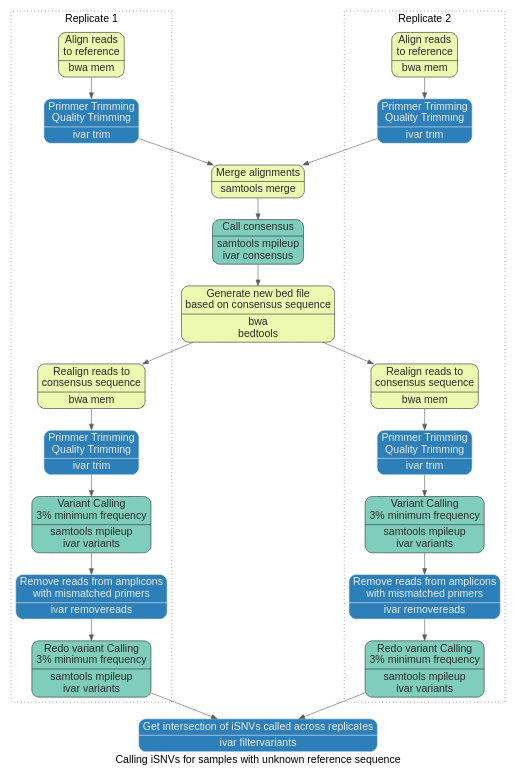
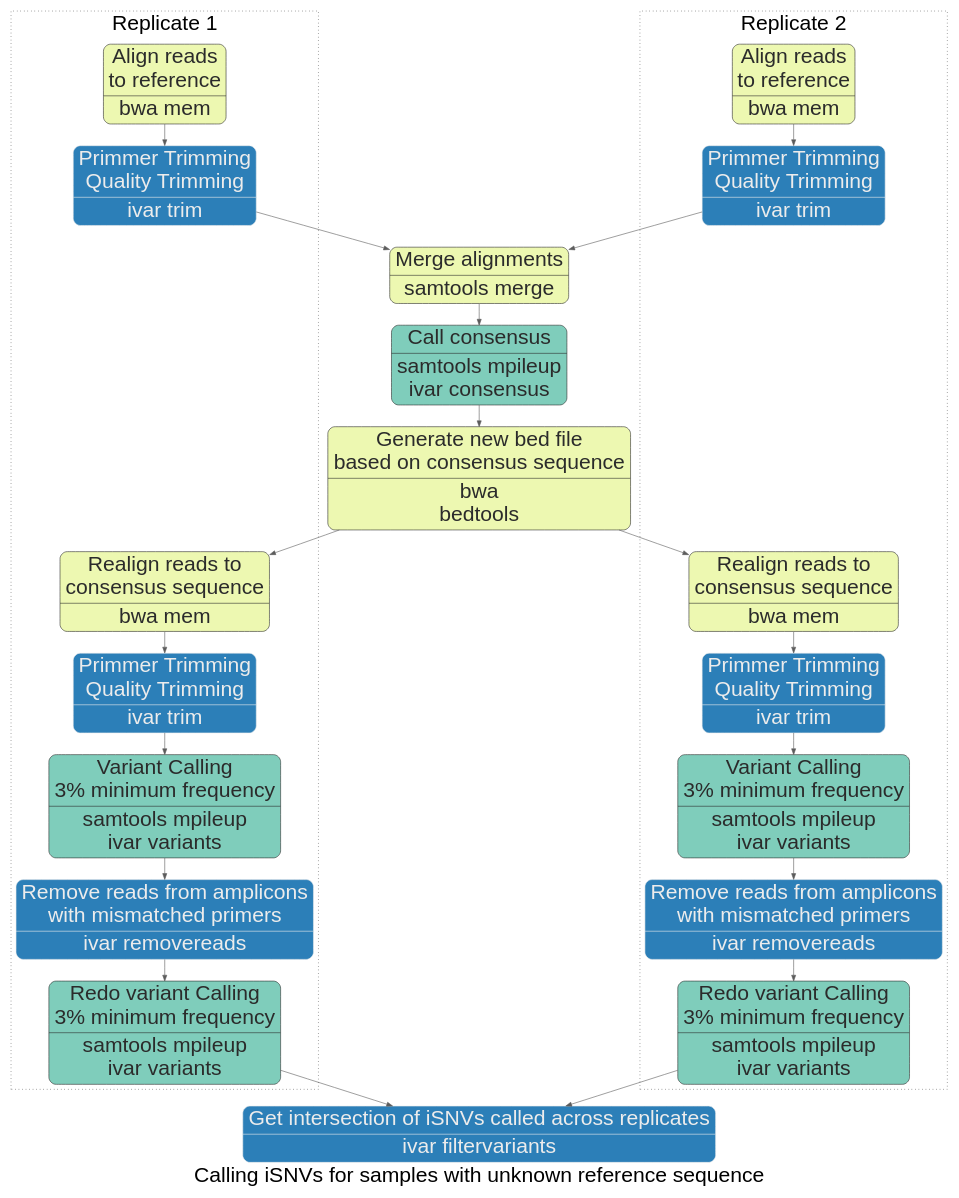
One commit to gkarthik/ivar changed the diagram in pipeline_field/pipeline_field.dot. Above: the diagram before and after it, drawn with Graphviz. The commit also changed 20 other files, not shown here.

```diff
--- a/pipeline_field/pipeline_field.dot
+++ b/pipeline_field/pipeline_field.dot
@@ -1,166 +1,166 @@
 digraph fc{
 	label="Calling iSNVs for samples with unknown reference sequence";
 	fontname="arial";
 	nodesep=0.8;
-	fontsize=18;
+	fontsize=36;
 	node [shape=Mrecord,
 	      color="#2b2b2b",
 	      fillcolor="#ececec",
 	      style="filled,solid",
-	      fontsize=18,
+	      fontsize=36,
 	      fontname = "arial",
 	      fontcolor="#2b2b2b"]
 	edge[color="#5c5c5c"];
 
         subgraph cluster_rep1{
 		label="Replicate 1";
 		group=outermain;
 		graph[style=dotted];
 		align1 [label="{Align reads\nto reference | bwa mem}",
 			fillcolor="/ylgnbu3/1",
 			color="#2b2b2b",
 			fontcolor="#2b2b2b",
 			group=rep1];
 		trim1 [label="{Primmer Trimming\nQuality Trimming | ivar trim}",
 		       fillcolor="/ylgnbu3/3",
 		       color="#ececec",
 		       fontcolor="#ececec",
 		       group=rep1];
 		realign1 [label="{Realign reads to\nconsensus sequence | bwa mem}",
 			fillcolor="/ylgnbu3/1",
 			color="#2b2b2b",
 			fontcolor="#2b2b2b",
 			group=rep1];
 		retrim1 [label="{Primmer Trimming\nQuality Trimming | ivar trim}",
 		       fillcolor="/ylgnbu3/3",
 		       color="#ececec",
 		       fontcolor="#ececec",
 		       group=rep1];
 		o1[style=invis group=rep1];
 		vc1 [label="{Variant Calling\n3% minimum frequency | samtools mpileup\nivar variants}",
 		     fillcolor="/ylgnbu3/2",
 		     color="#2b2b2b",
 		     fontcolor="#2b2b2b",
 		     group=rep1];
 		rr1 [label="{Remove reads from amplicons\nwith mismatched primers | ivar removereads}",
 		     fillcolor="/ylgnbu3/3",
 		     color="#ececec",
 		     fontcolor="#ececec",
 		     group=rep1];
 		vc2_1 [label="{Redo variant Calling\n3% minimum frequency | samtools mpileup\nivar variants}",
 		       fillcolor="/ylgnbu3/2",
 		       color="#2b2b2b",
 		       fontcolor="#2b2b2b",
 		       group=rep1];
 	}
 
         subgraph cluster_rep2{
 		label="Replicate 2";
 		graph[style=dotted];
 		group=outermain;
 		align2 [label="{Align reads\nto reference | bwa mem}",
 			fillcolor="/ylgnbu3/1",
 			color="#2b2b2b",
 			fontcolor="#2b2b2b",
 			group=rep2];
 		trim2 [label="{Primmer Trimming\nQuality Trimming | ivar trim}",
 		       fillcolor="/ylgnbu3/3",
 		       color="#ececec",
 		       fontcolor="#ececec",
 		       group=rep2];
 		realign2 [label="{Realign reads to\nconsensus sequence | bwa mem}",
 			fillcolor="/ylgnbu3/1",
 			color="#2b2b2b",
 			fontcolor="#2b2b2b",
 			group=rep2];
 		retrim2 [label="{Primmer Trimming\nQuality Trimming | ivar trim}",
 		       fillcolor="/ylgnbu3/3",
 		       color="#ececec",
 		       fontcolor="#ececec",
 		       group=rep2];
 		o2[style=invis group=rep2];
 		vc2 [label="{Variant Calling\n3% minimum frequency | samtools mpileup\nivar variants}",
 		     fillcolor="/ylgnbu3/2",
 		     color="#2b2b2b",
 		     fontcolor="#2b2b2b",
 		     group=rep2];
 		rr2 [label="{Remove reads from amplicons\nwith mismatched primers | ivar removereads}",
 		     fillcolor="/ylgnbu3/3",
 		     color="#ececec",
 		     fontcolor="#ececec",
 		     group=rep2];
 		vc2_2 [label="{Redo variant Calling\n3% minimum frequency | samtools mpileup\nivar variants}",
 		       fillcolor="/ylgnbu3/2",
 		       color="#2b2b2b",
 		       fontcolor="#2b2b2b",
 		       group=rep2];
         }
 
 	subgraph cluster_common{
 		label="";
 		graph[style=invis];
 		newrank=true;
 		mrg[label="{Merge alignments | samtools merge}",
 			fillcolor="/ylgnbu3/1",
 			color="#2b2b2b",
 			fontcolor="#2b2b2b",
 		    ];
 		cns[label="{Call consensus | samtools mpileup\nivar consensus}",
 		       fillcolor="/ylgnbu3/2",
 		       color="#2b2b2b",
 		       fontcolor="#2b2b2b"];
 		bed [label="{Generate new bed file\nbased on consensus sequence | bwa\nbedtools}",
 			fillcolor="/ylgnbu3/1",
 			color="#2b2b2b",
 			fontcolor="#2b2b2b",
 		     ];
 	}
 
 	subgraph combine{
 		group=outermain;
 		c [label="{Get intersection of iSNVs called across replicates | ivar filtervariants}",
 		       fillcolor="/ylgnbu3/3",
 		       color="#ececec",
 		       fontcolor="#ececec"];
 	}
 
 	// subgraph cluster_commands{
 	// 	label="Commands";
 	// 	graph[penwidth=0];
 	// 	node [shape=record,
 	// 	      color="#2b2b2b",
 	// 	      fillcolor="#ececec",
 	// 	      style="filled,solid",
 	// 	      fontsize=18,
 	// 	      fontname = "arial bold italic",
 	// 	      fontcolor="#2b2b2b"];
 	// 	aligncmd [label="bwa mem ... \l"];
 	// 	trimcmd [label="ivar trim ... \lsamtools sort ...\lsamtools index ..."];
 	// 	oc[style=invis];
 	// 	align1cmd [label="bwa mem ... \l"];
 	// 	trim1cmd [label="ivar trim ... \lsamtools sort ...\lsamtools index ..."];
 	// 	mrgcmd [label="samtools merge ...\l"];
 	// 	cnscmd [label="samtools mpileup ... \| ivar consensus ... \l"];
 	// 	bedcmd [label="bwa mem ...\lbedtools bamtobed ... \l"];
 	// 	vc1cmd [label="samtools mpileup ... \| ivar variants ... \l"];
 	// 	rrcmd [label="ivar getmasked ... \livar removereads ... \l"];
 	// 	vc2cmd [label="samtools mpileup ... \| ivar variants ... \l"];
 	// 	combinecmd [label="ivar filtervariants ... \l"];
 	// }
 
 	trim1 -> mrg;
 	trim2 -> mrg;
 	mrg -> cns;
 	bed -> realign1;
 	bed -> realign2;
 	cns -> bed;
 	align1 -> trim1;
 	align2 -> trim2;
 	trim1 -> o1[style=invis];
 	o1-> realign1[style=invis];
 	trim2 -> o2[style=invis];
 	o2 -> realign2[style=invis];
 	realign1 -> retrim1 -> vc1 -> rr1 -> vc2_1 -> c;
 	realign2 -> retrim2 -> vc2 -> rr2 -> vc2_2 -> c;
 	// aligncmd->trimcmd->mrgcmd->cnscmd->bedcmd->align1cmd->trim1cmd->vc1cmd->rrcmd->vc2cmd->combinecmd[style=invis];
 }
```
